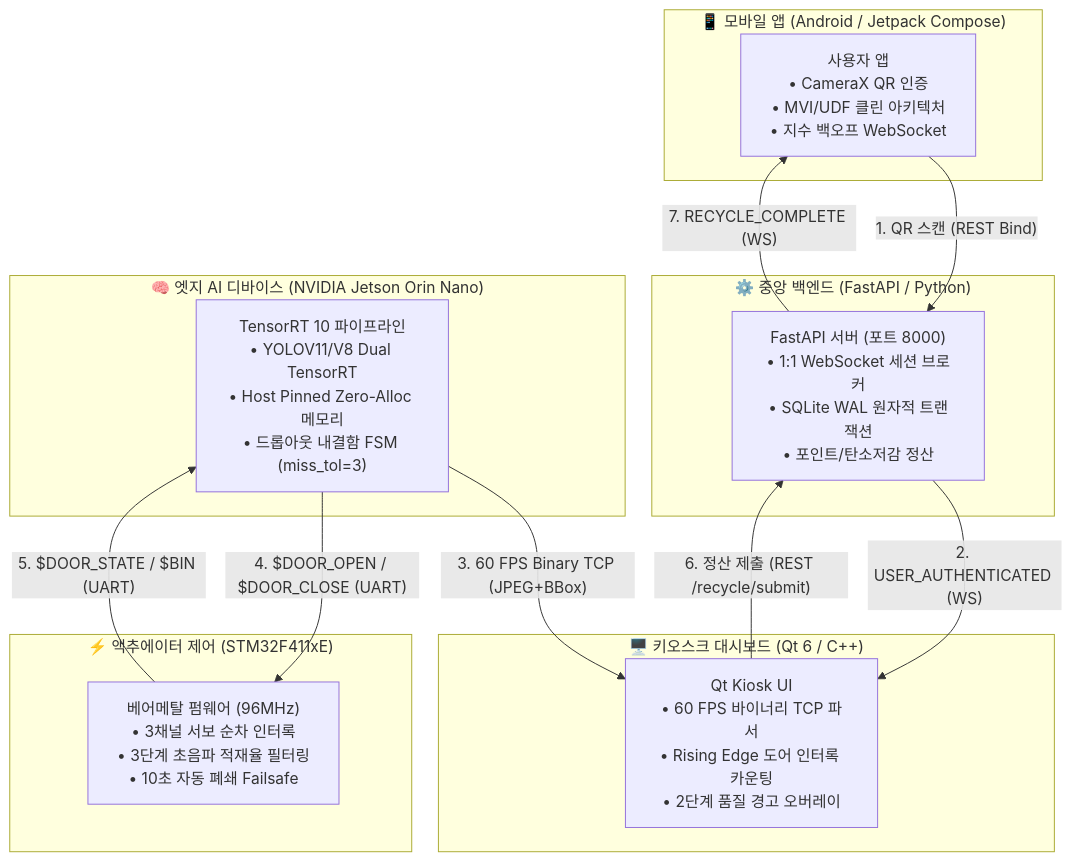
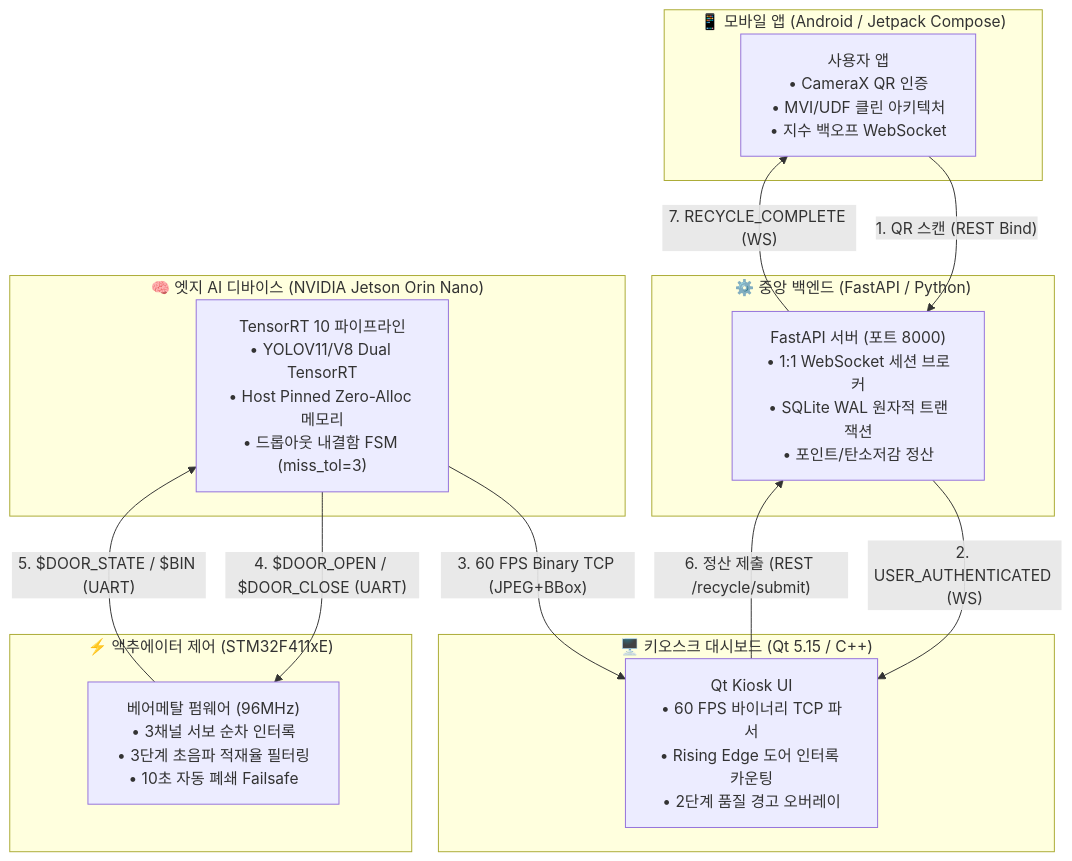
The diagram in README.md (hckim-dev/smart-recycling-edge-ai), drawn with Mermaid before and after one commit. The commit also changed other lines of this file and 3 other files, not shown here.

````diff
--- a/README.md
+++ b/README.md
@@ -34,35 +34,35 @@
 ```mermaid
 flowchart TB
     subgraph MobileDevice["📱 모바일 앱 (Android / Jetpack Compose)"]
         APP["사용자 앱<br/>• CameraX QR 인증<br/>• MVI/UDF 클린 아키텍처<br/>• 지수 백오프 WebSocket"]
     end
 
     subgraph CentralServer["⚙️ 중앙 백엔드 (FastAPI / Python)"]
         SERVER["FastAPI 서버 (포트 8000)<br/>• 1:1 WebSocket 세션 브로커<br/>• SQLite WAL 원자적 트랜잭션<br/>• 포인트/탄소저감 정산"]
     end
 
-    subgraph KioskUI["🖥️ 키오스크 대시보드 (Qt 6 / C++)"]
+    subgraph KioskUI["🖥️ 키오스크 대시보드 (Qt 5.15 / C++)"]
         QT["Qt Kiosk UI<br/>• 60 FPS 바이너리 TCP 파서<br/>• Rising Edge 도어 인터록 카운팅<br/>• 2단계 품질 경고 오버레이"]
     end
 
     subgraph EdgeDevice["🧠 엣지 AI 디바이스 (NVIDIA Jetson Orin Nano)"]
         TRT["TensorRT 10 파이프라인<br/>• YOLOV11/V8 Dual TensorRT<br/>• Host Pinned Zero-Alloc 메모리<br/>• 드롭아웃 내결함 FSM (miss_tol=3)"]
     end
 
     subgraph MCU["⚡ 액추에이터 제어 (STM32F411xE)"]
         STM["베어메탈 펌웨어 (96MHz)<br/>• 3채널 서보 순차 인터록<br/>• 3단계 초음파 적재율 필터링<br/>• 10초 자동 폐쇄 Failsafe"]
     end
 
     %% 사용자 인증 및 세션 연동
     APP -- "1. QR 스캔 (REST Bind)" --> SERVER
     SERVER -- "2. USER_AUTHENTICATED (WS)" --> QT
 
     %% AI 분석 및 실시간 스트리밍
     TRT -- "3. 60 FPS Binary TCP (JPEG+BBox)" --> QT
     TRT -- "4. $DOOR_OPEN / $DOOR_CLOSE (UART)" --> STM
     STM -- "5. $DOOR_STATE / $BIN (UART)" --> TRT
 
     %% 배출 완료 및 정산
     QT -- "6. 정산 제출 (REST /recycle/submit)" --> SERVER
     SERVER -- "7. RECYCLE_COMPLETE (WS)" --> APP
 ```
````
